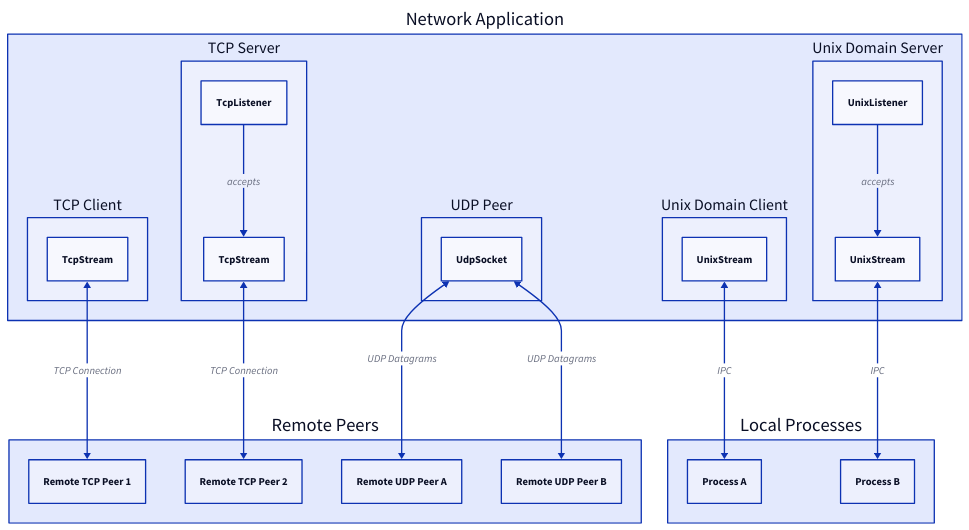
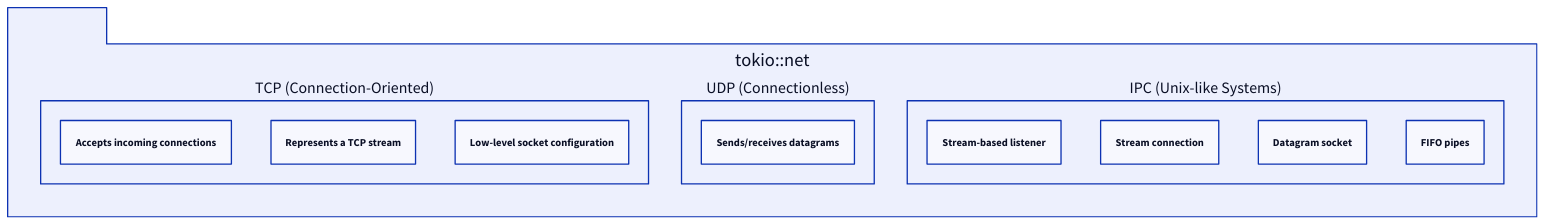
One commit to lban2049/tokio changed the diagram in .aigne/doc-smith/docs/api-net.md. Above: the diagram before and after it, drawn with D2. The commit also changed other lines of this file and 42 other files, not shown here.

````diff
--- a/.aigne/doc-smith/docs/api-net.md
+++ b/.aigne/doc-smith/docs/api-net.md
@@ -9,44 +9,29 @@
 ```d2
 direction: down
 
-"Network Application": {
-  "TCP Server": {
-    "TcpListener" -> "TcpStream" : accepts
-  }
-  
-  "TCP Client": {
-    "TcpStream"
+"tokio::net": {
+  shape: package
+  grid-columns: 3
+  grid-gap: 50
+
+  "TCP (Connection-Oriented)": {
+    shape: rectangle
+    "TcpListener": "Accepts incoming connections"
+    "TcpStream": "Represents a TCP stream"
+    "TcpSocket": "Low-level socket configuration"
   }
 
-  "UDP Peer": {
-    "UdpSocket"
-  }
-  
-  "Unix Domain Server": {
-    "UnixListener" -> "UnixStream" : accepts
+  "UDP (Connectionless)": {
+    shape: rectangle
+    "UdpSocket": "Sends/receives datagrams"
   }
 
-  "Unix Domain Client": {
-    "UnixStream"
+  "IPC (Unix-like Systems)": {
+    shape: rectangle
+    "UnixListener": "Stream-based listener"
+    "UnixStream": "Stream connection"
+    "UnixDatagram": "Datagram socket"
+    "Pipes": "FIFO pipes"
   }
 }
-
-"Remote Peers": {
-  "Remote TCP Peer 1"
-  "Remote TCP Peer 2"
-  "Remote UDP Peer A"
-  "Remote UDP Peer B"
-}
-
-"Local Processes": {
-  "Process A"
-  "Process B"
-}
-
-"Network Application"."TCP Client"."TcpStream" <-> "Remote Peers"."Remote TCP Peer 1": TCP Connection
-"Network Application"."TCP Server"."TcpStream" <-> "Remote Peers"."Remote TCP Peer 2": TCP Connection
-"Network Application"."UDP Peer"."UdpSocket" <-> "Remote Peers"."Remote UDP Peer A": UDP Datagrams
-"Network Application"."UDP Peer"."UdpSocket" <-> "Remote Peers"."Remote UDP Peer B": UDP Datagrams
-"Network Application"."Unix Domain Client"."UnixStream" <-> "Local Processes"."Process A": IPC
-"Network Application"."Unix Domain Server"."UnixStream" <-> "Local Processes"."Process B": IPC
 ```
````
